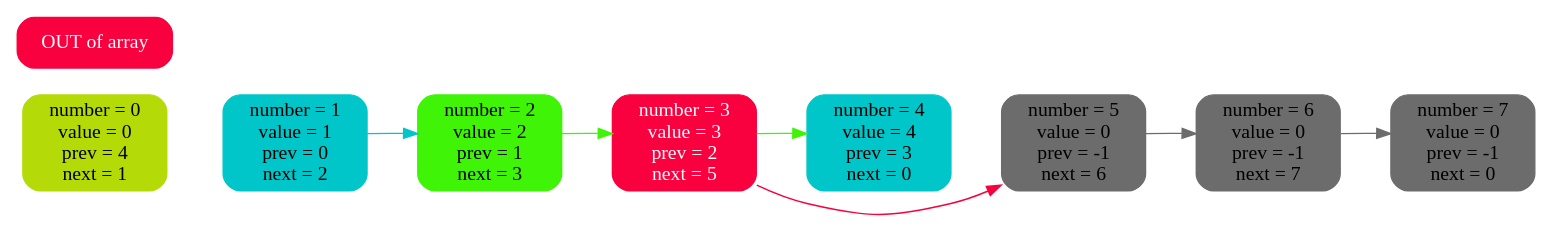
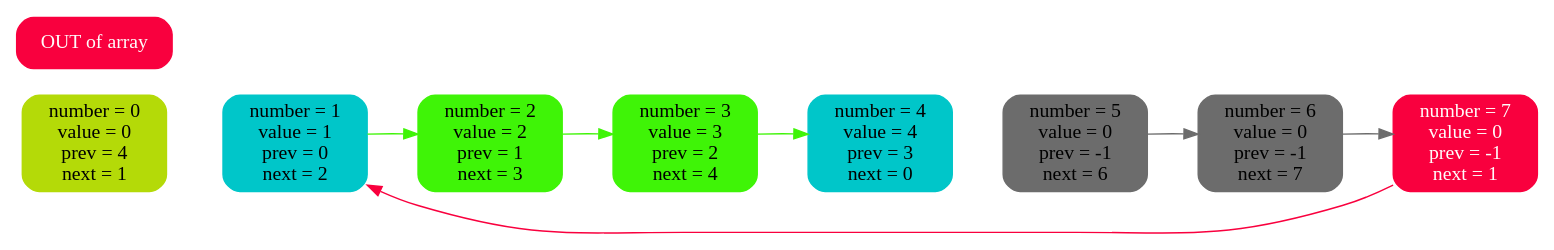
The diagram in list_log/img/6.dot (2210223t-lang/2-linked-list), drawn with Graphviz before and after one commit. The commit also changed 13 other files, not shown here.

```diff
--- a/list_log/img/6.dot
+++ b/list_log/img/6.dot
@@ -1,25 +1,25 @@
 digraph {
 rankdir = LR
 n0 [ label = "number = 0\nvalue = 0\nprev = 4\nnext = 1", shape = Mrecord, fontsize = 14,style = filled, color = "#b4da08" ]
 n1 [ label = "number = 1\nvalue = 1\nprev = 0\nnext = 2", shape = Mrecord, fontsize = 14,style = filled, color = "#00c6c9" ]
 n2 [ label = "number = 2\nvalue = 2\nprev = 1\nnext = 3", shape = Mrecord, fontsize = 14,style = filled, color = "#3ff407" ]
-n3 [ label = "number = 3\nvalue = 3\nprev = 2\nnext = 5", shape = Mrecord, fontsize = 14,style = filled, color = "#f9003e", fontcolor = "#fffbfb" ]
+n3 [ label = "number = 3\nvalue = 3\nprev = 2\nnext = 4", shape = Mrecord, fontsize = 14,style = filled, color = "#3ff407" ]
 n4 [ label = "number = 4\nvalue = 4\nprev = 3\nnext = 0", shape = Mrecord, fontsize = 14,style = filled, color = "#00c6c9" ]
 n5 [ label = "number = 5\nvalue = 0\nprev = -1\nnext = 6", shape = Mrecord, fontsize = 14,style = filled, color = "#6c6c6c" ]
 n6 [ label = "number = 6\nvalue = 0\nprev = -1\nnext = 7", shape = Mrecord, fontsize = 14,style = filled, color = "#6c6c6c" ]
-n7 [ label = "number = 7\nvalue = 0\nprev = -1\nnext = 0", shape = Mrecord, fontsize = 14,style = filled, color = "#6c6c6c" ]
+n7 [ label = "number = 7\nvalue = 0\nprev = -1\nnext = 1", shape = Mrecord, fontsize = 14,style = filled, color = "#f9003e", fontcolor = "#fffbfb" ]
 out [ label = "OUT of array", shape = Mrecord, fontsize = 14, style = filled, color = "#f9003e", fontcolor = "#fffbfb" ]
  n0 -> n1 [ style = invis, weight = 10000 ]
 n1 -> n2 [ style = invis, weight = 10000 ]
 n2 -> n3 [ style = invis, weight = 10000 ]
 n3 -> n4 [ style = invis, weight = 10000 ]
 n4 -> n5 [ style = invis, weight = 10000 ]
 n5 -> n6 [ style = invis, weight = 10000 ]
 n6 -> n7 [ style = invis, weight = 10000 ]
-n1 -> n2 [ style = filled, color = "#00c6c9" ]
-n2 -> n3 [ style = filled, color = "#3ff407" ]
-n3 -> n5 [ color = "#f9003e" ]
+n1 -> n2 [ color = "#3ff407" ]
+n2 -> n3 [ color = "#3ff407" ]
 n3 -> n4 [ color = "#3ff407" ]
-n5 -> n6 [ style = filled, color = "#6c6c6c" ]
-n6 -> n7 [ style = filled, color = "#6c6c6c" ]
+n5 -> n6 [ color = "#6c6c6c" ]
+n6 -> n7 [ color = "#6c6c6c" ]
+n7 -> n1 [ style = filled, color = "#f9003e", fontcolor = "#fffbfb" ]
 }
```
